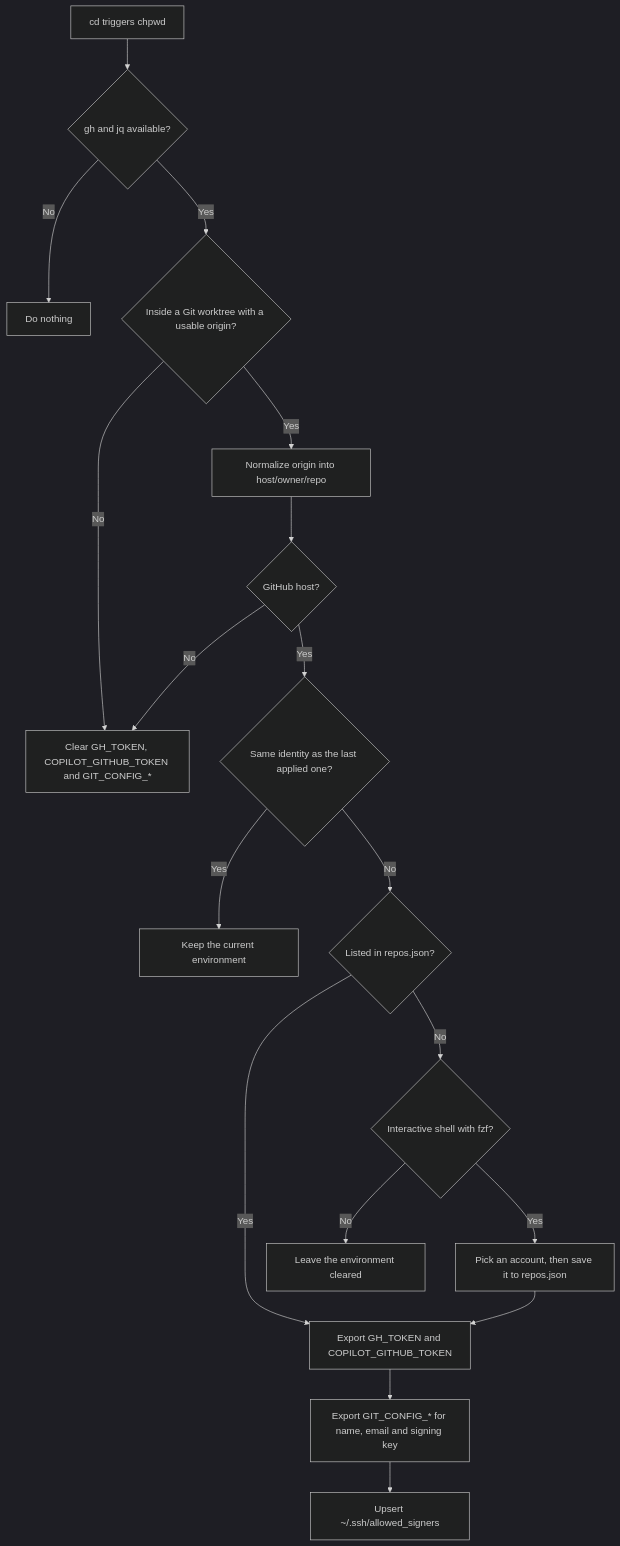
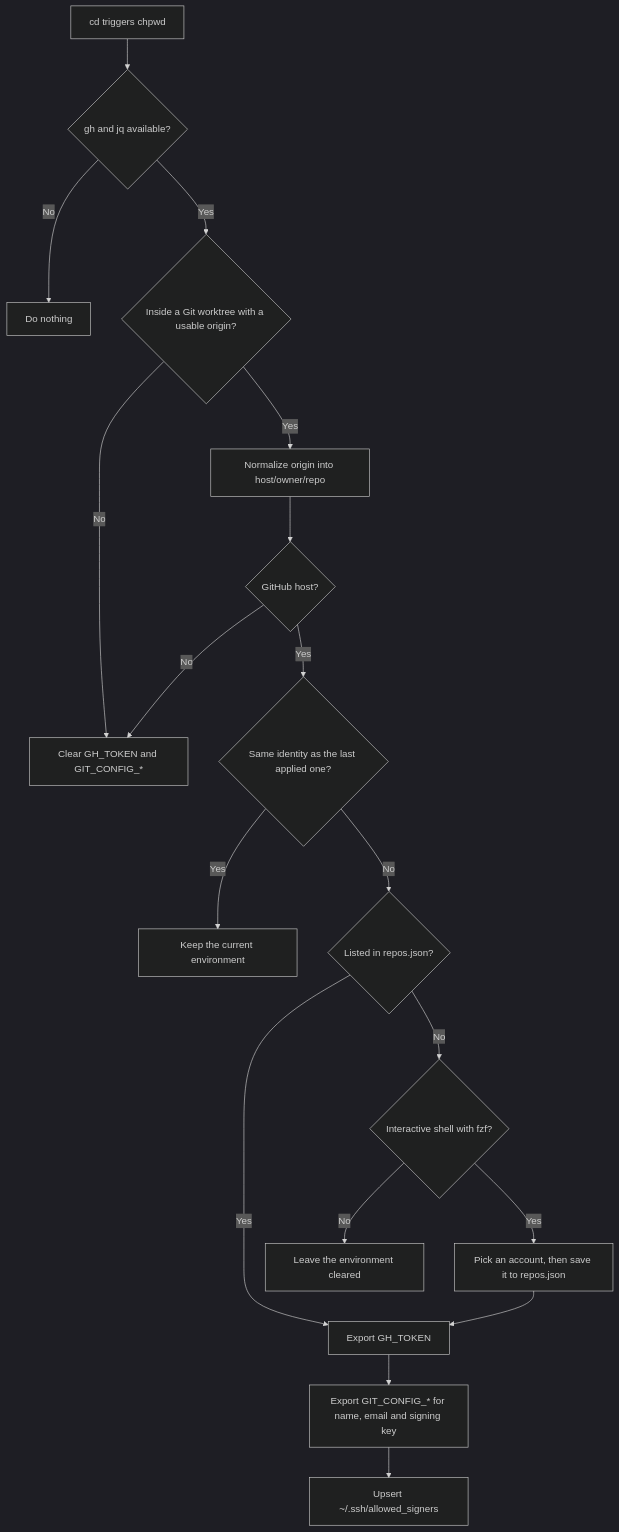
One commit to daiksud/dotfiles changed the diagram in docs/guides/04-git-identity.md. Above: the diagram before and after it, drawn with Mermaid (dark theme). The commit also changed other lines of this file and 13 other files, not shown here.

````diff
--- a/docs/guides/04-git-identity.md
+++ b/docs/guides/04-git-identity.md
@@ -17,20 +18,20 @@
 ```mermaid
 graph TD
     A["cd triggers chpwd"] --> B{"gh and jq available?"}
     B -- No --> Z["Do nothing"]
     B -- Yes --> C{"Inside a Git worktree with a usable origin?"}
-    C -- No --> X["Clear GH_TOKEN, COPILOT_GITHUB_TOKEN and GIT_CONFIG_*"]
+    C -- No --> X["Clear GH_TOKEN and GIT_CONFIG_*"]
     C -- Yes --> D["Normalize origin into host/owner/repo"]
     D --> E{"GitHub host?"}
     E -- No --> X
     E -- Yes --> F{"Same identity as the last applied one?"}
     F -- Yes --> Y["Keep the current environment"]
     F -- No --> G{"Listed in repos.json?"}
-    G -- Yes --> H["Export GH_TOKEN and COPILOT_GITHUB_TOKEN"]
+    G -- Yes --> H["Export GH_TOKEN"]
     G -- No --> K{"Interactive shell with fzf?"}
     K -- Yes --> L["Pick an account, then save it to repos.json"]
     K -- No --> M["Leave the environment cleared"]
     L --> H
     H --> I["Export GIT_CONFIG_* for name, email and signing key"]
     I --> J["Upsert ~/.ssh/allowed_signers"]
 ```
````
